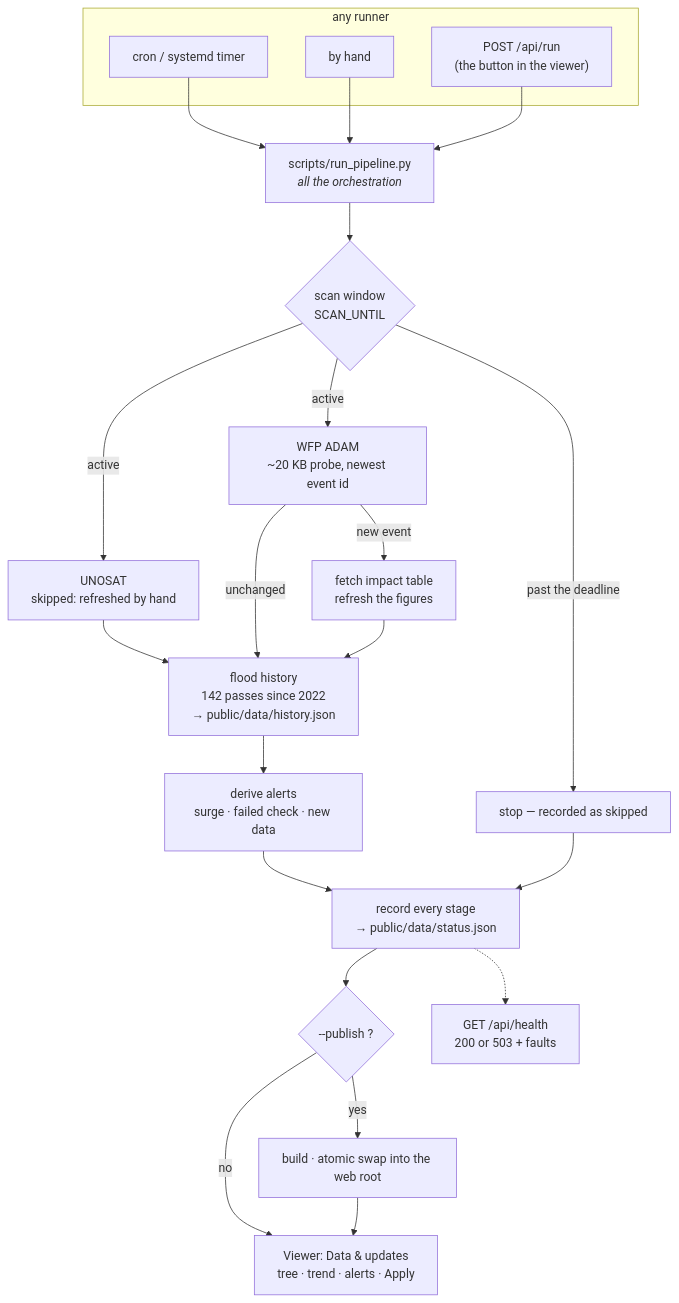
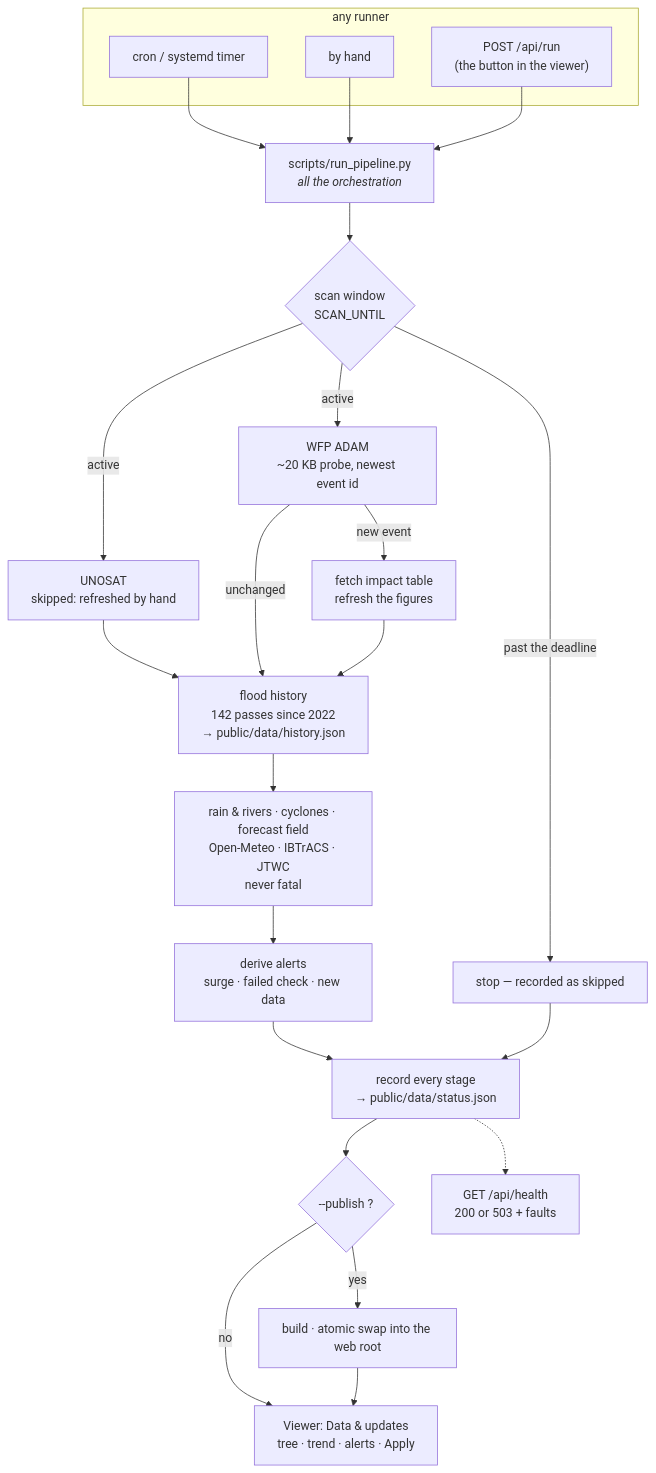
Before and after one commit to PascalBurume/myanmar-flood-viewer: the diagram in README.md, drawn with Mermaid. The commit also changed other lines of this file and 31 other files, not shown here.

````diff
--- a/README.md
+++ b/README.md
@@ -173,32 +177,33 @@
 ```mermaid
 flowchart TD
   subgraph Runners["any runner"]
     T1["cron / systemd timer"]
     T2["by hand"]
     T3["POST /api/run<br/>(the button in the viewer)"]
   end
   T1 --> P
   T2 --> P
   T3 --> P
 
   P["scripts/run_pipeline.py<br/><i>all the orchestration</i>"] --> G{"scan window<br/>SCAN_UNTIL"}
   G -- "past the deadline" --> SK["stop — recorded as skipped"]
   G -- "active" --> U["UNOSAT<br/>skipped: refreshed by hand"]
   G -- "active" --> A["WFP ADAM<br/>~20 KB probe, newest event id"]
 
   U --> H
   A -- "new event" --> F["fetch impact table<br/>refresh the figures"]
   A -- "unchanged" --> H
   F --> H
 
-  H["flood history<br/>142 passes since 2022<br/>→ public/data/history.json"] --> AL
+  H["flood history<br/>142 passes since 2022<br/>→ public/data/history.json"] --> W
+  W["rain & rivers · cyclones · forecast field<br/>Open-Meteo · IBTrACS · JTWC<br/>never fatal"] --> AL
   AL["derive alerts<br/>surge · failed check · new data"] --> S
 
   S["record every stage<br/>→ public/data/status.json"] --> D{"--publish ?"}
   D -- yes --> DP["build · atomic swap into the web root"]
   D -- no --> V
   DP --> V
   V["Viewer: Data &amp; updates<br/>tree · trend · alerts · Apply"]
   SK --> S
   S -.-> HE["GET /api/health<br/>200 or 503 + faults"]
 ```
````
